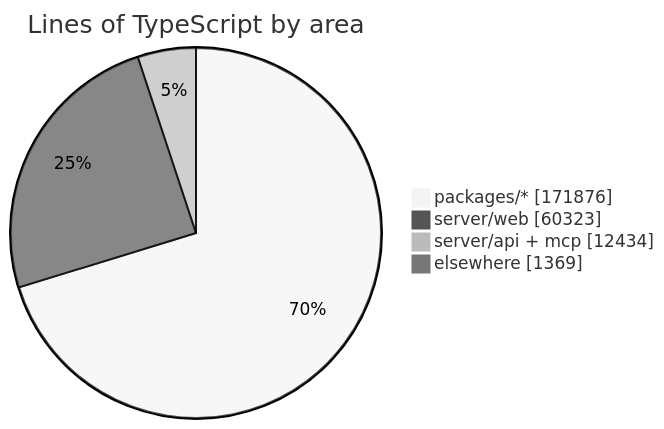
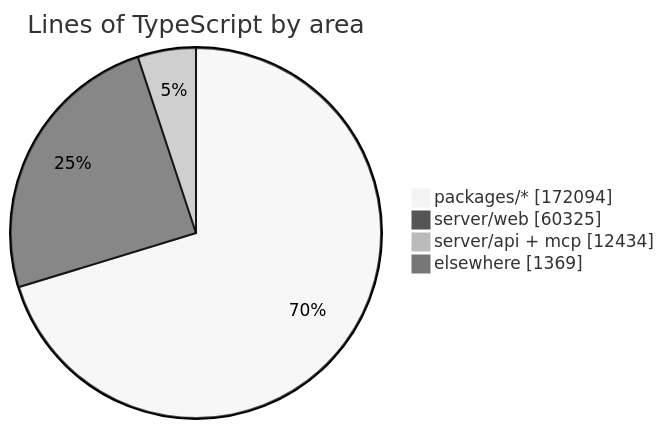
Before and after one commit to crossworks-engineering/mantle: the diagram in README.md, drawn with Mermaid (neutral theme). The commit also changed other lines of this file and 2 other files, not shown here.

````diff
--- a/README.md
+++ b/README.md
@@ -279,7 +279,7 @@
 ```mermaid
 pie showData title Lines of TypeScript by area
-    "packages/*" : 171876
-    "server/web" : 60323
+    "packages/*" : 172094
+    "server/web" : 60325
     "server/api + mcp" : 12434
     "elsewhere" : 1369
 ```
````
